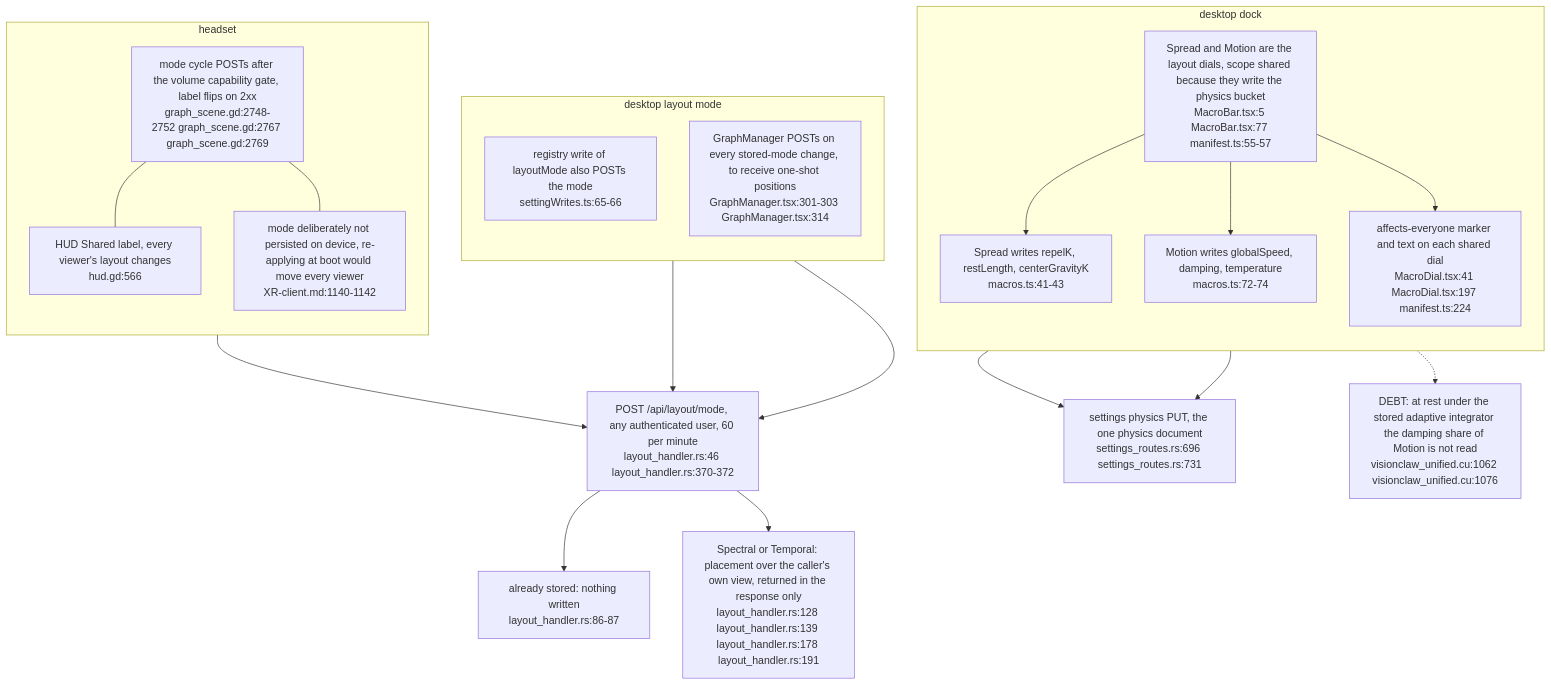
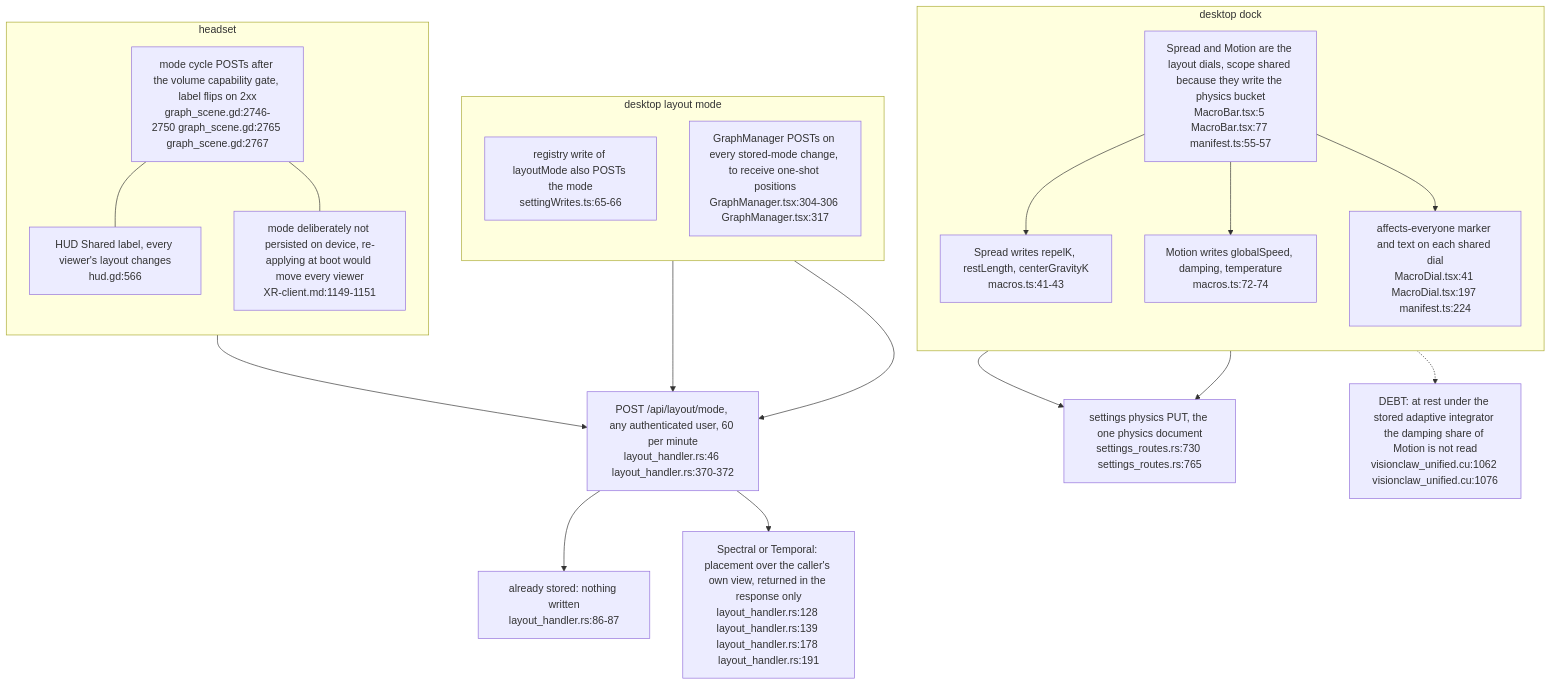
One commit to DreamLab-AI/VisionFlow changed the fifth of 6 diagrams in docs/diagrams/visionclaw/54-layout-mode-step-cadence-and-settle.md. Above: the diagram before and after it, drawn with Mermaid. The commit also changed other lines of this file and 6 other files, not shown here.

First line of the commit message:
diagrams(visionclaw): re-verify VC-51..57 at visionclaw 4900ec60

````diff
--- a/docs/diagrams/visionclaw/54-layout-mode-step-cadence-and-settle.md
+++ b/docs/diagrams/visionclaw/54-layout-mode-step-cadence-and-settle.md
@@ -121,38 +121,38 @@
 ```mermaid
 flowchart TD
     subgraph DESK["desktop dock"]
         direction TB
         DIALS["Spread and Motion are the layout dials, scope shared because they write the physics bucket<br/>MacroBar.tsx:5 MacroBar.tsx:77 manifest.ts:55-57"]
         SPREAD["Spread writes repelK, restLength, centerGravityK<br/>macros.ts:41-43"]
         MOTION["Motion writes globalSpeed, damping, temperature<br/>macros.ts:72-74"]
         BADGE["affects-everyone marker and text on each shared dial<br/>MacroDial.tsx:41 MacroDial.tsx:197 manifest.ts:224"]
         DIALS --> SPREAD
         DIALS --> MOTION
         DIALS --> BADGE
     end
     subgraph MODE["desktop layout mode"]
         direction TB
         SW["registry write of layoutMode also POSTs the mode<br/>settingWrites.ts:65-66"]
-        GM["GraphManager POSTs on every stored-mode change, to receive one-shot positions<br/>GraphManager.tsx:301-303 GraphManager.tsx:314"]
+        GM["GraphManager POSTs on every stored-mode change, to receive one-shot positions<br/>GraphManager.tsx:304-306 GraphManager.tsx:317"]
     end
     subgraph XRH["headset"]
         direction TB
-        CYC["mode cycle POSTs after the volume capability gate, label flips on 2xx<br/>graph_scene.gd:2748-2752 graph_scene.gd:2767 graph_scene.gd:2769"]
+        CYC["mode cycle POSTs after the volume capability gate, label flips on 2xx<br/>graph_scene.gd:2746-2750 graph_scene.gd:2765 graph_scene.gd:2767"]
         LBL["HUD Shared label, every viewer's layout changes<br/>hud.gd:566"]
-        NOP["mode deliberately not persisted on device, re-applying at boot would move every viewer<br/>XR-client.md:1140-1142"]
+        NOP["mode deliberately not persisted on device, re-applying at boot would move every viewer<br/>XR-client.md:1149-1151"]
         CYC --- LBL
         CYC --- NOP
     end
     SRV["POST /api/layout/mode, any authenticated user, 60 per minute<br/>layout_handler.rs:46 layout_handler.rs:370-372"]
     SAMEQ["already stored: nothing written<br/>layout_handler.rs:86-87"]
     ONE["Spectral or Temporal: placement over the caller's own view, returned in the response only<br/>layout_handler.rs:128 layout_handler.rs:139 layout_handler.rs:178 layout_handler.rs:191"]
-    PHYS["settings physics PUT, the one physics document<br/>settings_routes.rs:696 settings_routes.rs:731"]
+    PHYS["settings physics PUT, the one physics document<br/>settings_routes.rs:730 settings_routes.rs:765"]
     SPREAD --> PHYS
     MOTION --> PHYS
     SW --> SRV
     GM --> SRV
     CYC --> SRV
     SRV --> SAMEQ
     SRV --> ONE
     MOTION -.-> INERT["DEBT: at rest under the stored adaptive integrator the damping share of Motion is not read<br/>visionclaw_unified.cu:1062 visionclaw_unified.cu:1076"]
 ```
````
